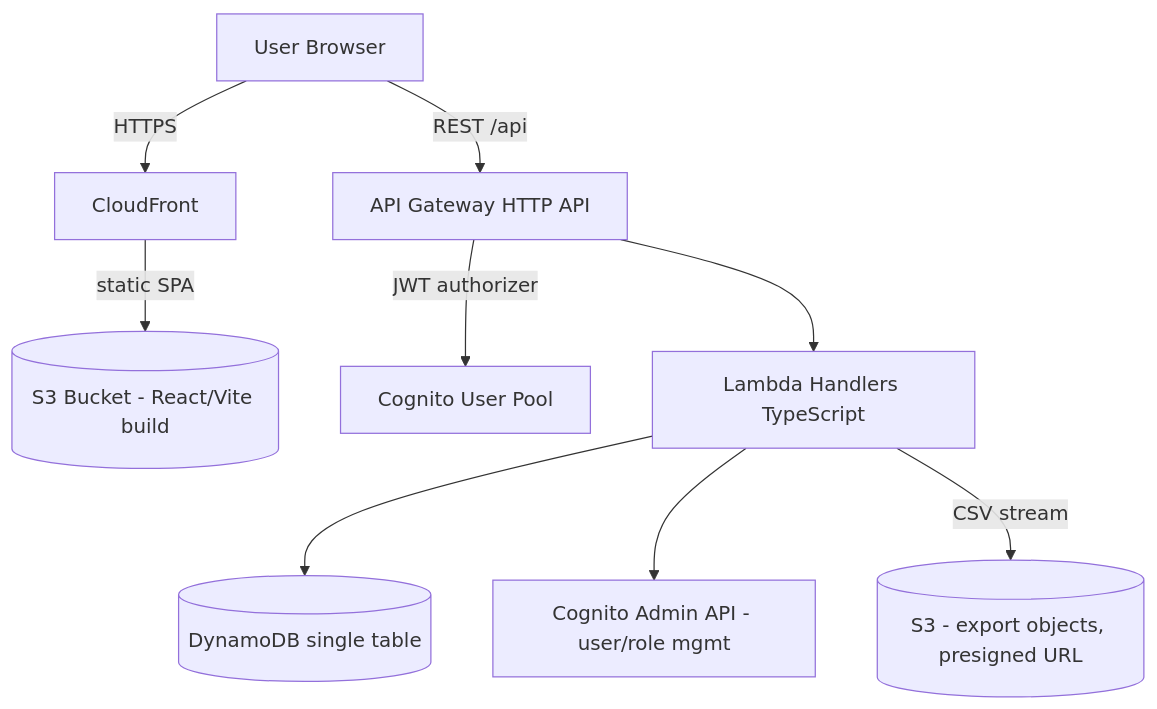
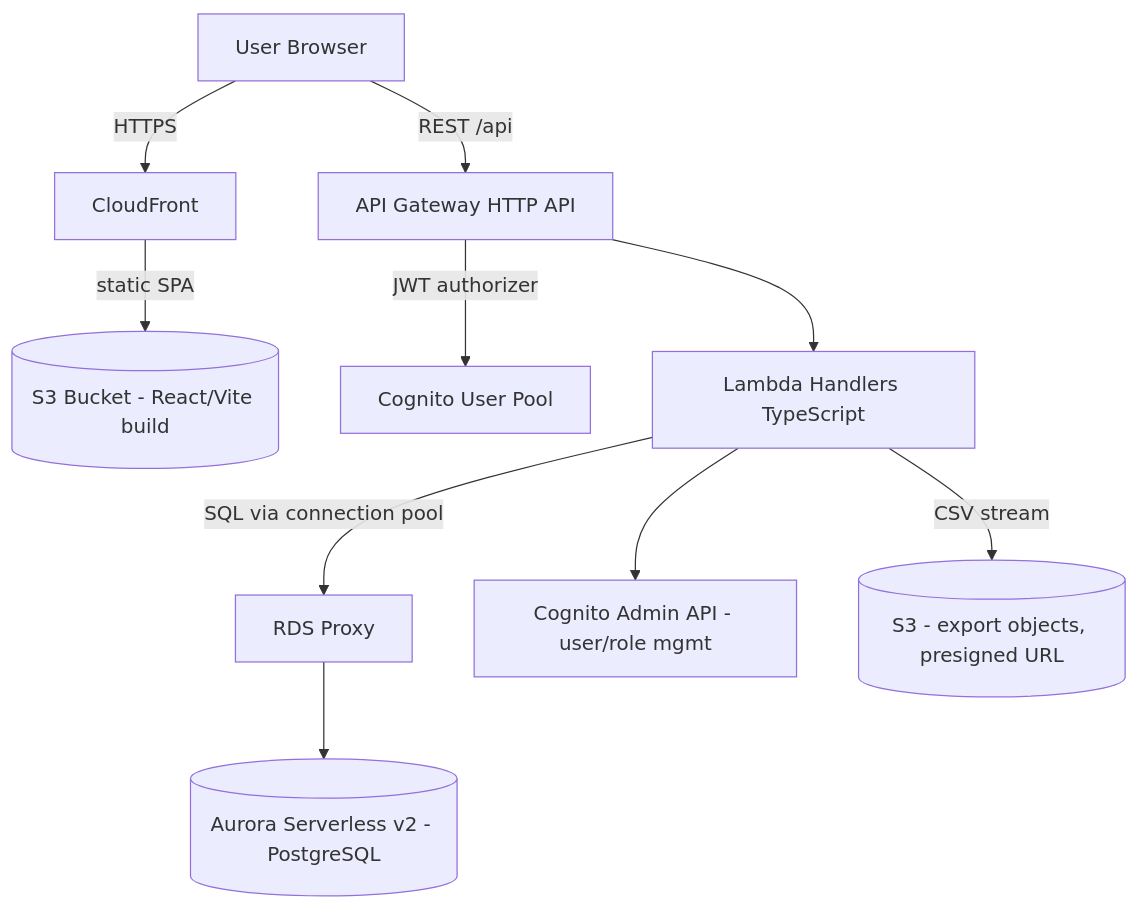
The first of 3 diagrams in .kiro/specs/aims-web/design.md (carbonless/aims), drawn with Mermaid before and after one commit. The commit also changed other lines of this file and 3 other files, not shown here.

Commit message:
Task 3: reference-data domain services; re-architect design to Aurora Serverless v2 Postgres

````diff
--- a/.kiro/specs/aims-web/design.md
+++ b/.kiro/specs/aims-web/design.md
@@ -69,11 +79,12 @@
 ```mermaid
 graph TD
     U[User Browser] -->|HTTPS| CF[CloudFront]
     CF -->|static SPA| S3[(S3 Bucket - React/Vite build)]
     U -->|REST /api| APIGW[API Gateway HTTP API]
     APIGW -->|JWT authorizer| COG[Cognito User Pool]
     APIGW --> L[Lambda Handlers TypeScript]
-    L --> DDB[(DynamoDB single table)]
+    L -->|SQL via connection pool| PROXY[RDS Proxy]
+    PROXY --> AUR[(Aurora Serverless v2 - PostgreSQL)]
     L --> COGADM[Cognito Admin API - user/role mgmt]
     L -->|CSV stream| S3EXP[(S3 - export objects, presigned URL)]
 ```
````
